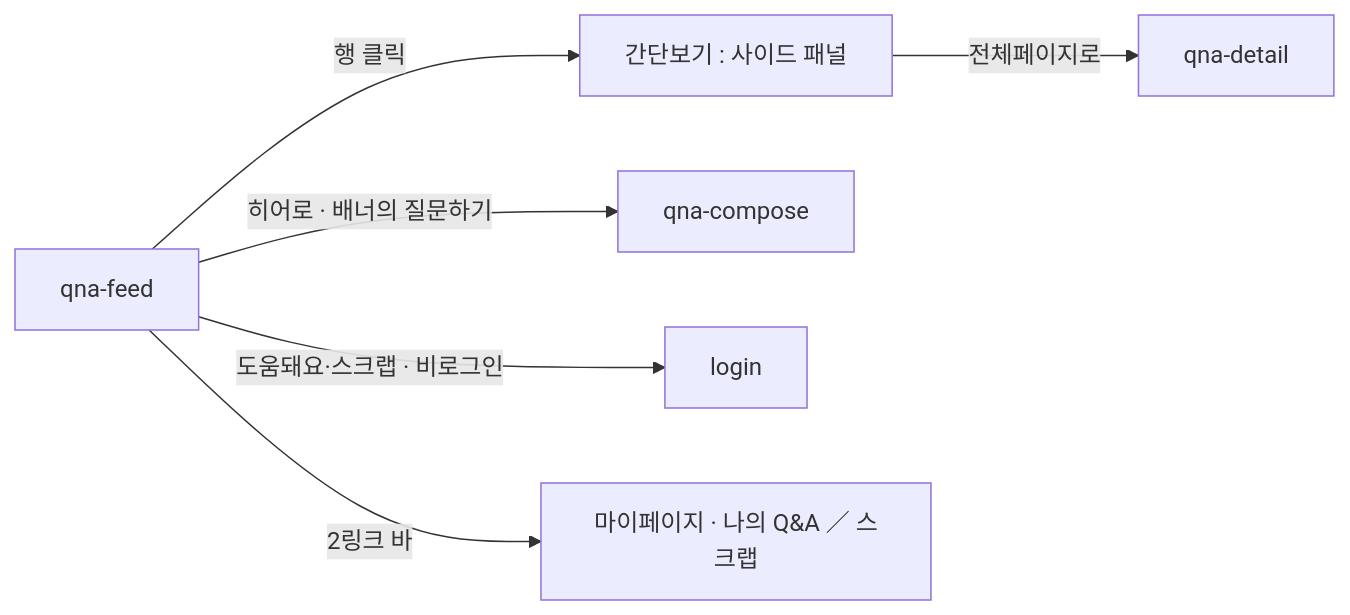
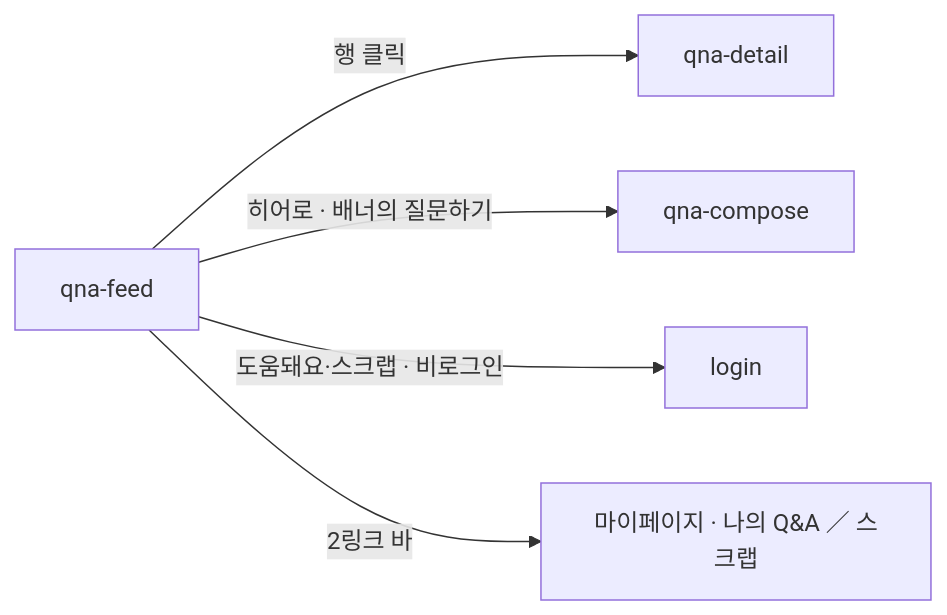
The diagram in design/screens/qna-feed/UI-SPEC.md (jisoo-y-mentree/mentree2-pd-fe), drawn with Mermaid before and after one commit. The commit also changed other lines of this file and 40 other files, not shown here.

````diff
--- a/design/screens/qna-feed/UI-SPEC.md
+++ b/design/screens/qna-feed/UI-SPEC.md
@@ -213,14 +215,13 @@
 ```mermaid
 flowchart LR
   qa["qna-feed"]
-  side["간단보기 : 사이드 패널"]
   qad["qna-detail"]
   comp["qna-compose"]
   login["login"]
   mpe["마이페이지 · 나의 Q&A ／ 스크랩"]
 
-  qa -->|"행 클릭"| side -->|"전체페이지로"| qad
+  qa -->|"행 클릭"| qad
   qa -->|"히어로 · 배너의 질문하기"| comp
   qa -->|"도움돼요·스크랩 · 비로그인"| login
   qa -->|"2링크 바"| mpe
 ```
````
